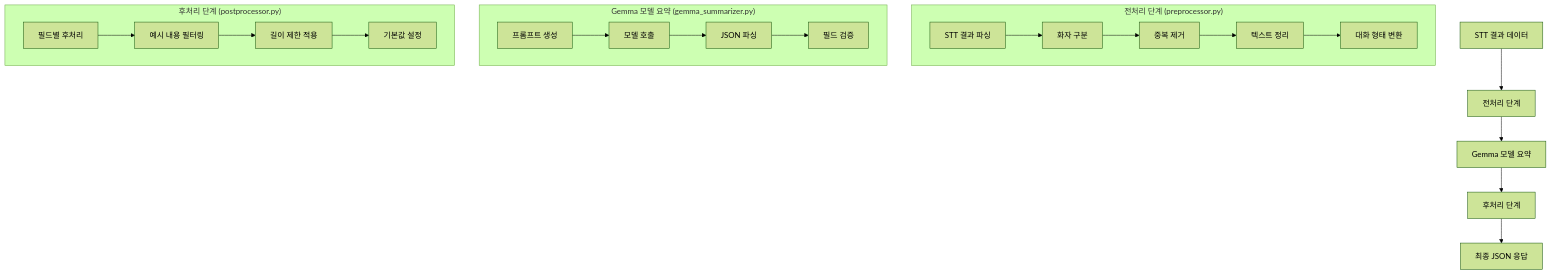
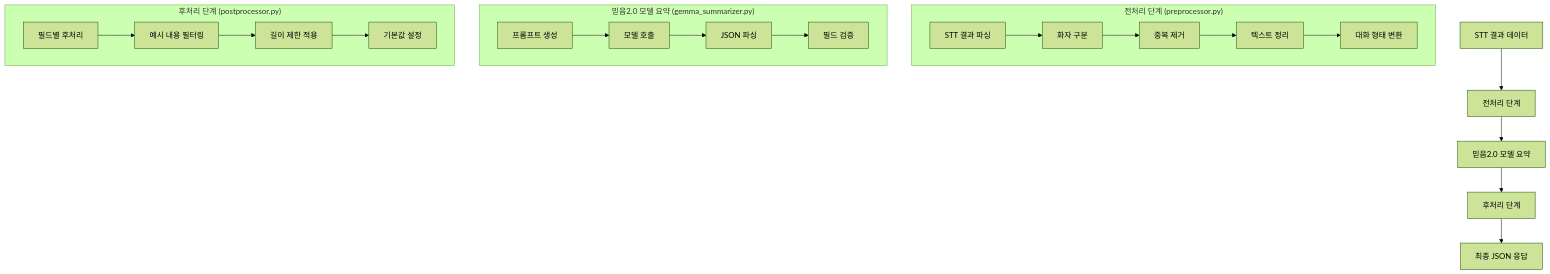
The first of 4 diagrams in workflow_diagram.md (hak023/gemma-summarizer-poc), drawn with Mermaid (forest theme) before and after one commit. The commit also changed other lines of this file and 2 other files, not shown here.

First line of the commit message:
모델명 변경: Gemma -> 믿음2.0

````diff
--- a/workflow_diagram.md
+++ b/workflow_diagram.md
@@ -5,26 +5,26 @@
 ```mermaid
 graph TB
     A[STT 결과 데이터] --> B[전처리 단계]
-    B --> C[Gemma 모델 요약]
+    B --> C[믿음2.0 모델 요약]
     C --> D[후처리 단계]
     D --> E[최종 JSON 응답]
     
     subgraph "전처리 단계 (preprocessor.py)"
         B1[STT 결과 파싱] --> B2[화자 구분]
         B2 --> B3[중복 제거]
         B3 --> B4[텍스트 정리]
         B4 --> B5[대화 형태 변환]
     end
     
-    subgraph "Gemma 모델 요약 (gemma_summarizer.py)"
+    subgraph "믿음2.0 모델 요약 (gemma_summarizer.py)"
         C1[프롬프트 생성] --> C2[모델 호출]
         C2 --> C3[JSON 파싱]
         C3 --> C4[필드 검증]
     end
     
     subgraph "후처리 단계 (postprocessor.py)"
         D1[필드별 후처리] --> D2[예시 내용 필터링]
         D2 --> D3[길이 제한 적용]
         D3 --> D4[기본값 설정]
     end
 ```
````
